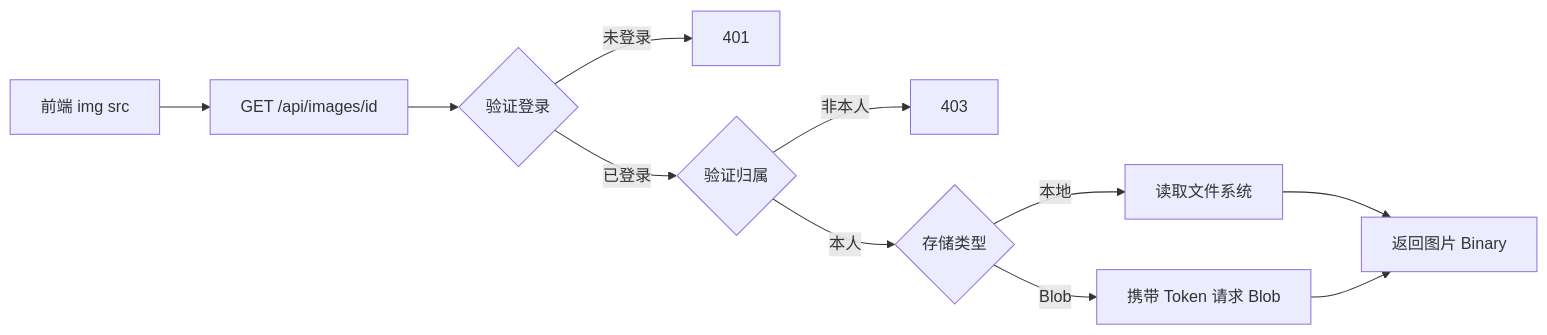
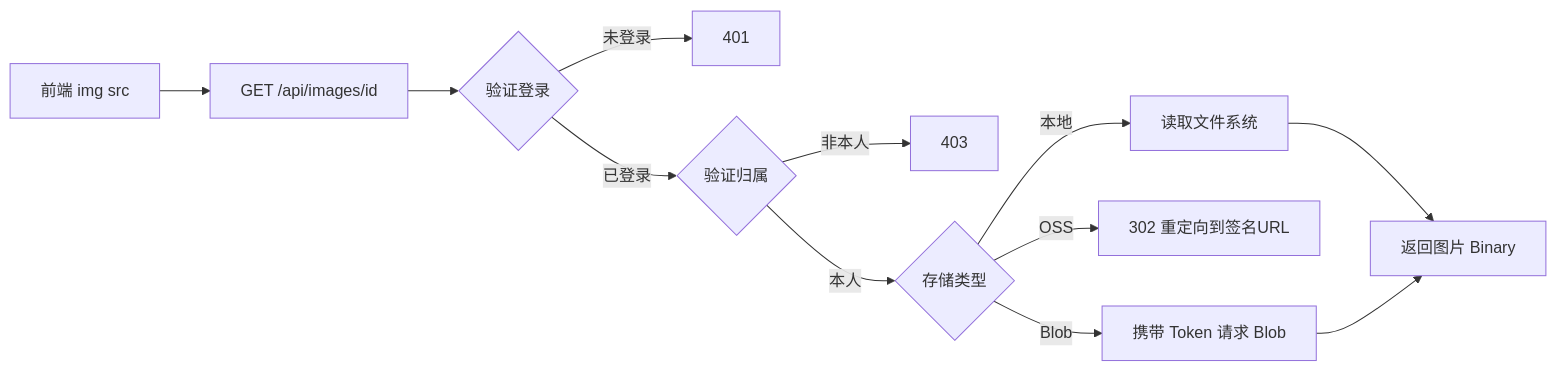
One commit to addicted0010/namecardfolder changed the third of 3 diagrams in Documents/design.md. Above: the diagram before and after it, drawn with Mermaid. The commit also changed other lines of this file and 11 other files, not shown here.

````diff
--- a/Documents/design.md
+++ b/Documents/design.md
@@ -118,13 +119,14 @@
 ```mermaid
 graph LR
     A[前端 img src] --> B[GET /api/images/id]
     B --> C{验证登录}
     C -->|未登录| D[401]
     C -->|已登录| E{验证归属}
     E -->|非本人| F[403]
     E -->|本人| G{存储类型}
     G -->|本地| H[读取文件系统]
+    G -->|OSS| K[302 重定向到签名URL]
     G -->|Blob| I[携带 Token 请求 Blob]
     H --> J[返回图片 Binary]
     I --> J
 ```
````
